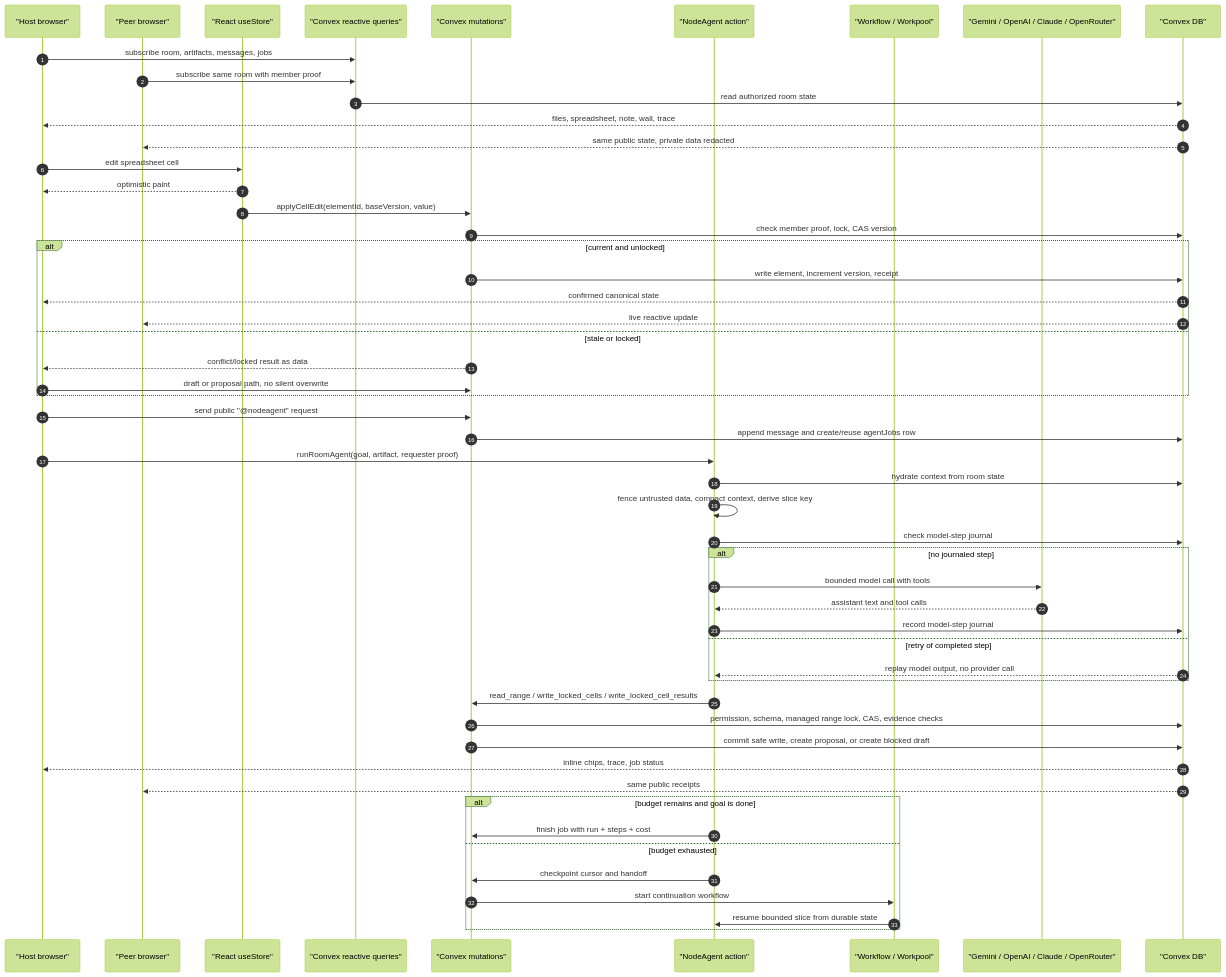
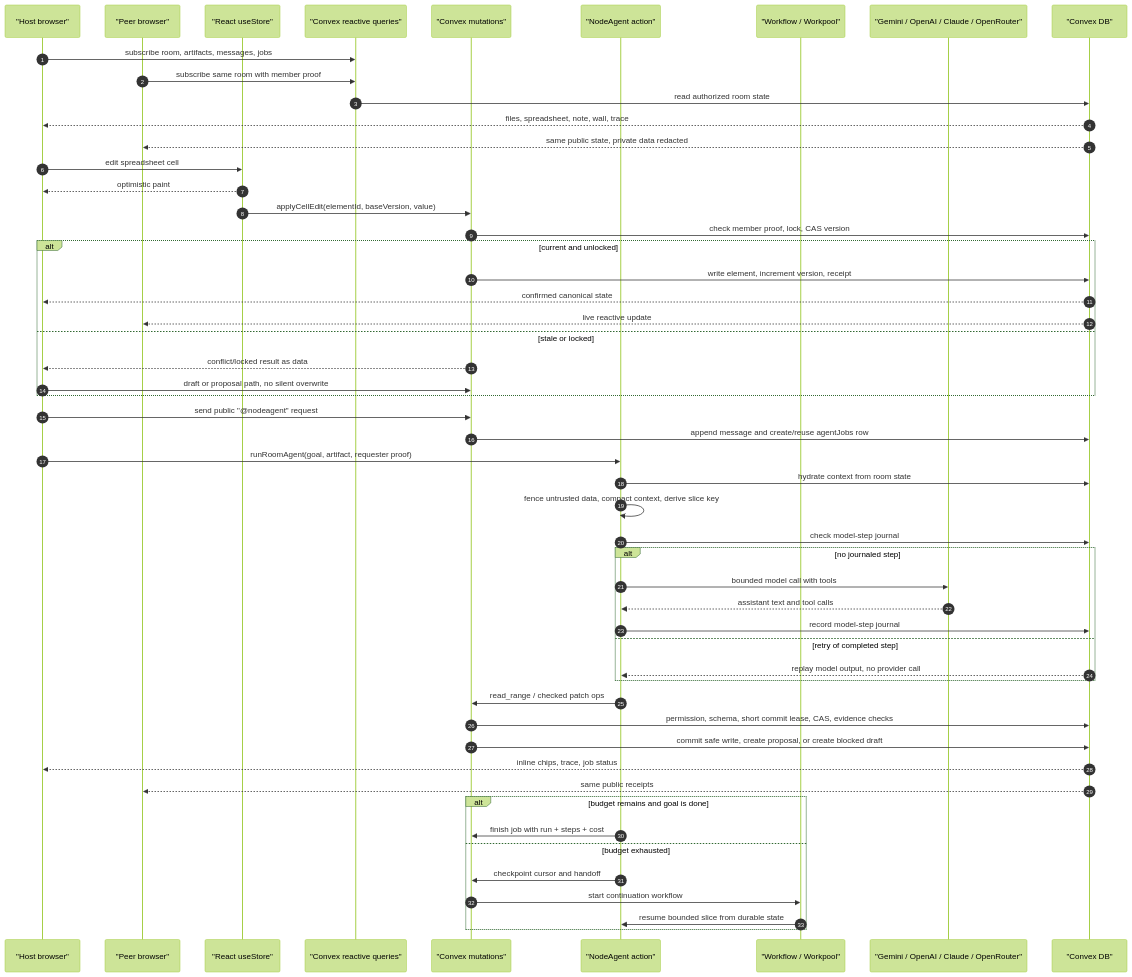
One commit to HomenShum/NodeRoom changed the third of 4 diagrams in README.md. Above: the diagram before and after it, drawn with Mermaid (forest theme). The commit also changed other lines of this file and 5 other files, not shown here.

````diff
--- a/README.md
+++ b/README.md
@@ -1100,58 +1149,58 @@
 ```mermaid
 sequenceDiagram
   autonumber
   participant Host as "Host browser"
   participant Peer as "Peer browser"
   participant Store as "React useStore"
   participant Query as "Convex reactive queries"
   participant Mutation as "Convex mutations"
   participant Agent as "NodeAgent action"
   participant Flow as "Workflow / Workpool"
   participant LLM as "Gemini / OpenAI / Claude / OpenRouter"
   participant DB as "Convex DB"
 
   Host->>Query: subscribe room, artifacts, messages, jobs
   Peer->>Query: subscribe same room with member proof
   Query->>DB: read authorized room state
   DB-->>Host: files, spreadsheet, note, wall, trace
   DB-->>Peer: same public state, private data redacted
 
   Host->>Store: edit spreadsheet cell
   Store-->>Host: optimistic paint
   Store->>Mutation: applyCellEdit(elementId, baseVersion, value)
   Mutation->>DB: check member proof, lock, CAS version
   alt current and unlocked
     Mutation->>DB: write element, increment version, receipt
     DB-->>Host: confirmed canonical state
     DB-->>Peer: live reactive update
   else stale or locked
     Mutation-->>Host: conflict/locked result as data
     Host->>Mutation: draft or proposal path, no silent overwrite
   end
 
   Host->>Mutation: send public "@nodeagent" request
   Mutation->>DB: append message and create/reuse agentJobs row
   Host->>Agent: runRoomAgent(goal, artifact, requester proof)
   Agent->>DB: hydrate context from room state
   Agent->>Agent: fence untrusted data, compact context, derive slice key
   Agent->>DB: check model-step journal
   alt no journaled step
     Agent->>LLM: bounded model call with tools
     LLM-->>Agent: assistant text and tool calls
     Agent->>DB: record model-step journal
   else retry of completed step
     DB-->>Agent: replay model output, no provider call
   end
-  Agent->>Mutation: read_range / write_locked_cells / write_locked_cell_results
-  Mutation->>DB: permission, schema, managed range lock, CAS, evidence checks
+  Agent->>Mutation: read_range / checked patch ops
+  Mutation->>DB: permission, schema, short commit lease, CAS, evidence checks
   Mutation->>DB: commit safe write, create proposal, or create blocked draft
   DB-->>Host: inline chips, trace, job status
   DB-->>Peer: same public receipts
   alt budget remains and goal is done
     Agent->>Mutation: finish job with run + steps + cost
   else budget exhausted
     Agent->>Mutation: checkpoint cursor and handoff
     Mutation->>Flow: start continuation workflow
     Flow->>Agent: resume bounded slice from durable state
   end
 ```
````
